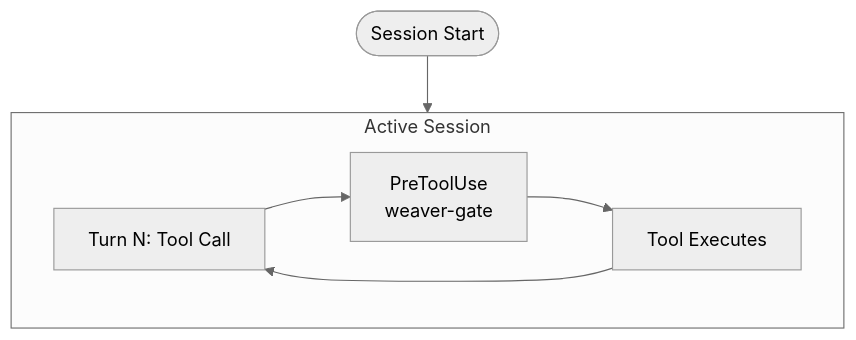
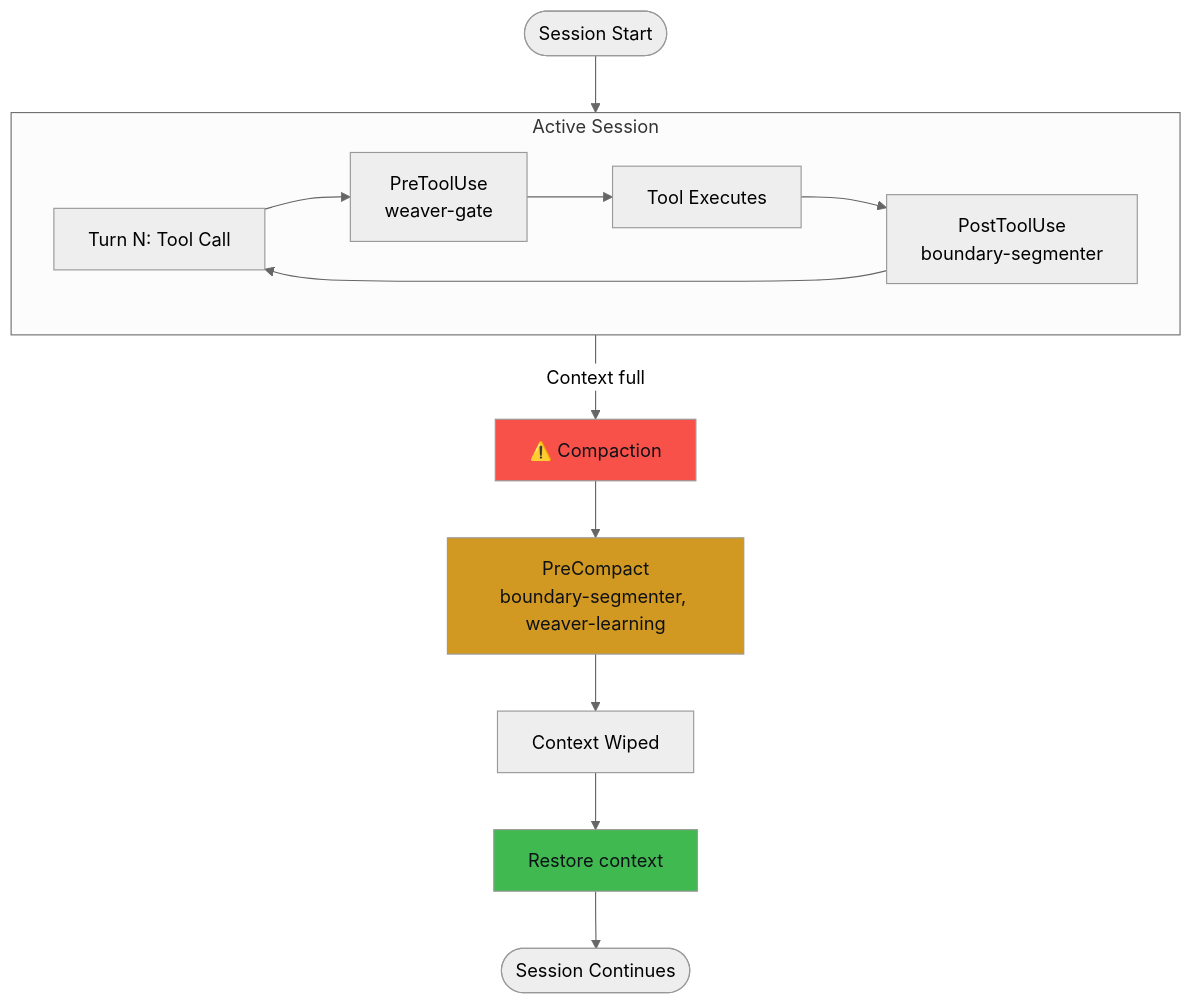
Before and after one commit to enchanted-plugins/weaver: the diagram in docs/architecture/lifecycle.mmd, drawn with Mermaid (neutral theme). The commit also changed 8 other files, not shown here.

First line of the commit message:
docs: regenerate architecture diagrams + SVGs with full hook topology

```diff
--- a/docs/architecture/lifecycle.mmd
+++ b/docs/architecture/lifecycle.mmd
@@ -1,8 +1,17 @@
 graph TD
     start(["Session Start"]) --> turns
     subgraph turns["Active Session"]
         t1["Turn N: Tool Call"]
         t1 --> pre["PreToolUse<br/>weaver-gate"]
         pre --> exec["Tool Executes"]
-        exec --> t1
+        exec --> post["PostToolUse<br/>boundary-segmenter"]
+        post --> t1
     end
+    turns -->|"Context full"| compact["⚠️ Compaction"]
+    compact --> precompact["PreCompact<br/>boundary-segmenter, weaver-learning"]
+    precompact --> wipe["Context Wiped"]
+    wipe --> restore["Restore context"]
+    restore --> resume(["Session Continues"])
+    style compact fill:#f85149,color:#0d1117
+    style precompact fill:#d29922,color:#0d1117
+    style restore fill:#3fb950,color:#0d1117
```
